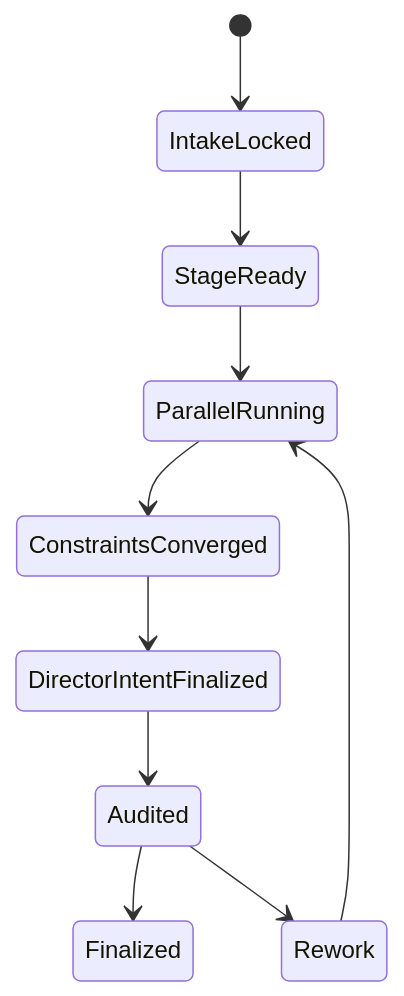
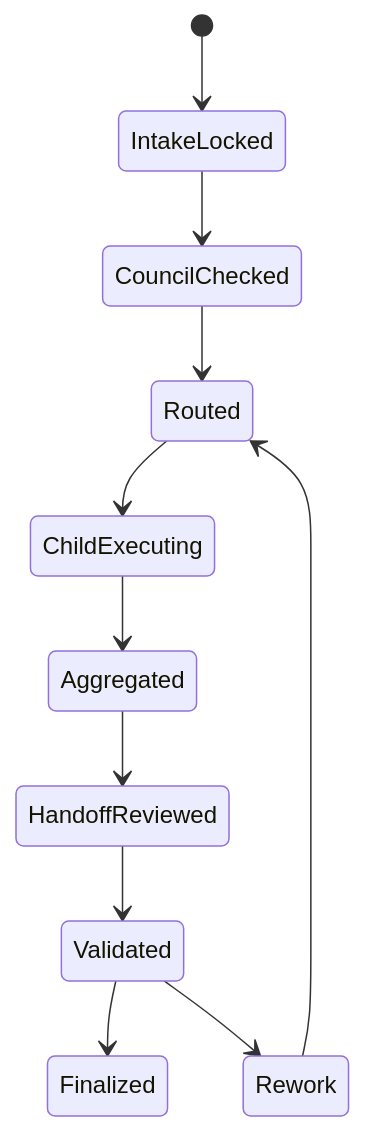
The third of 3 diagrams in .agents/skills/aigc/2-Global/SKILL.md (ZEN-VOID/AI-CUT), drawn with Mermaid before and after one commit. The commit also changed other lines of this file and 307 other files, not shown here.

````diff
--- a/.agents/skills/aigc/2-Global/SKILL.md
+++ b/.agents/skills/aigc/2-Global/SKILL.md
@@ -170,12 +205,13 @@
 ```mermaid
 stateDiagram-v2
     [*] --> IntakeLocked
-    IntakeLocked --> StageReady
-    StageReady --> ParallelRunning
-    ParallelRunning --> ConstraintsConverged
-    ConstraintsConverged --> DirectorIntentFinalized
-    DirectorIntentFinalized --> Audited
-    Audited --> Finalized
-    Audited --> Rework
-    Rework --> ParallelRunning
+    IntakeLocked --> CouncilChecked
+    CouncilChecked --> Routed
+    Routed --> ChildExecuting
+    ChildExecuting --> Aggregated
+    Aggregated --> HandoffReviewed
+    HandoffReviewed --> Validated
+    Validated --> Finalized
+    Validated --> Rework
+    Rework --> Routed
 ```
````
